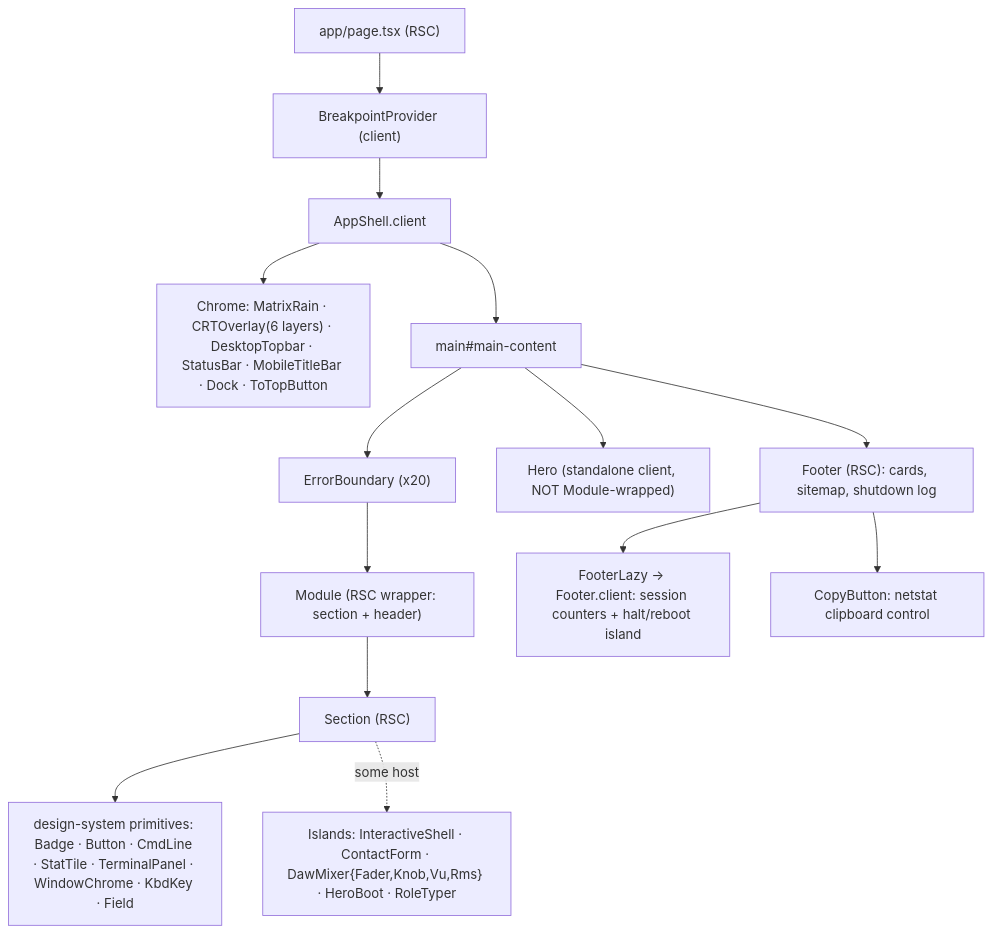
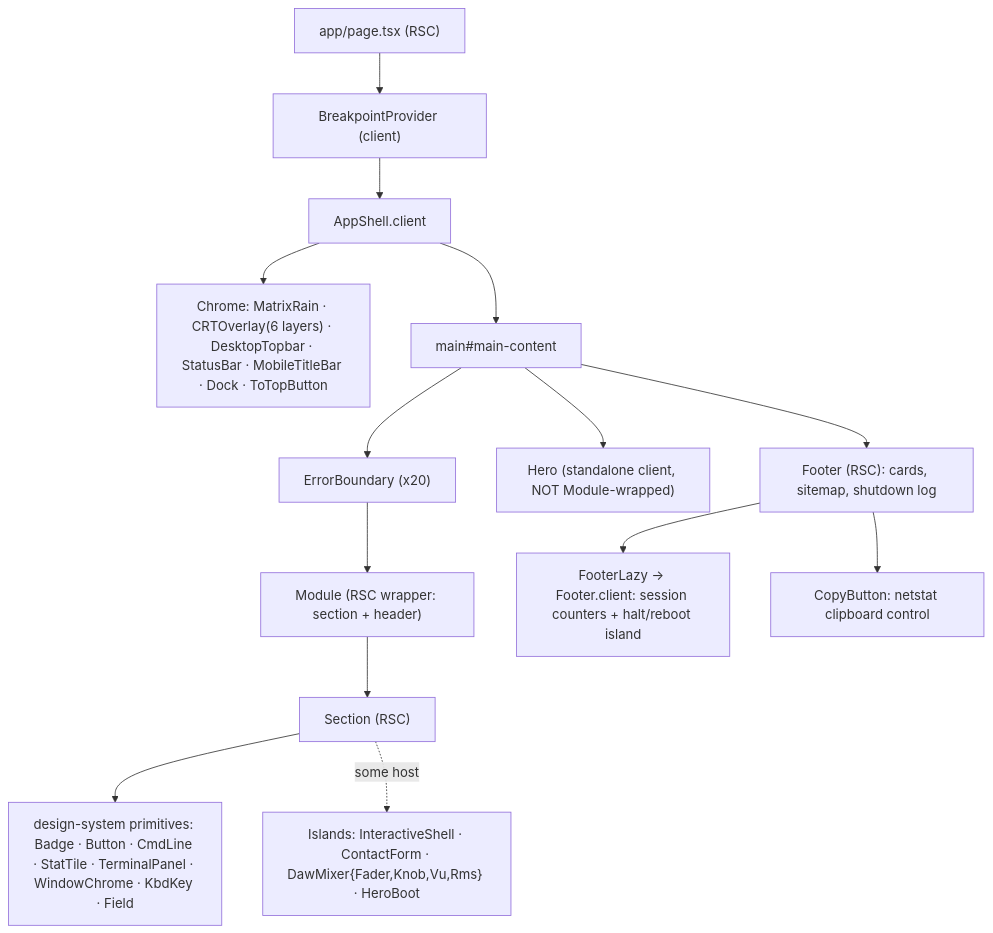
The first of 2 diagrams in docs/04-components-and-state.md (erikunha/portfolio), drawn with Mermaid before and after one commit. The commit also changed other lines of this file and 27 other files, not shown here.

````diff
--- a/docs/04-components-and-state.md
+++ b/docs/04-components-and-state.md
@@ -22,16 +22,16 @@
 ```mermaid
 flowchart TD
     page["app/page.tsx (RSC)"] --> bp["BreakpointProvider (client)"]
     bp --> shell["AppShell.client"]
     shell --> chrome["Chrome: MatrixRain · CRTOverlay(6 layers) · DesktopTopbar · StatusBar · MobileTitleBar · Dock · ToTopButton"]
     shell --> main["main#main-content"]
     main --> eb["ErrorBoundary (x20)"]
     eb --> mod["Module (RSC wrapper: section + header)"]
     mod --> sec["Section (RSC)"]
     sec --> dsp["design-system primitives: Badge · Button · CmdLine · StatTile · TerminalPanel · WindowChrome · KbdKey · Field"]
-    sec -. some host .-> isl["Islands: InteractiveShell · ContactForm · DawMixer{Fader,Knob,Vu,Rms} · HeroBoot · RoleTyper"]
+    sec -. some host .-> isl["Islands: InteractiveShell · ContactForm · DawMixer{Fader,Knob,Vu,Rms} · HeroBoot"]
     main --> hero["Hero (standalone client, NOT Module-wrapped)"]
     main --> fl["Footer (RSC): cards, sitemap, shutdown log"]
     fl --> fi["FooterLazy -> Footer.client: session counters + halt/reboot island"]
     fl --> fc["CopyButton: netstat clipboard control"]
 ```
````
